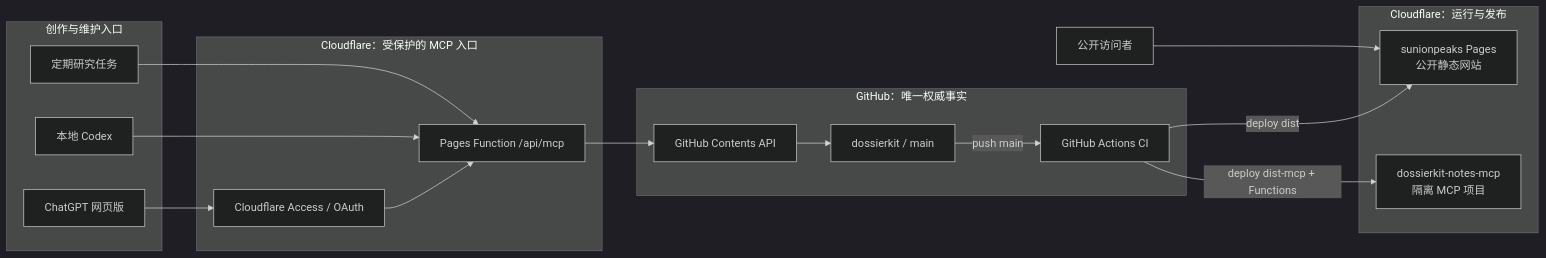
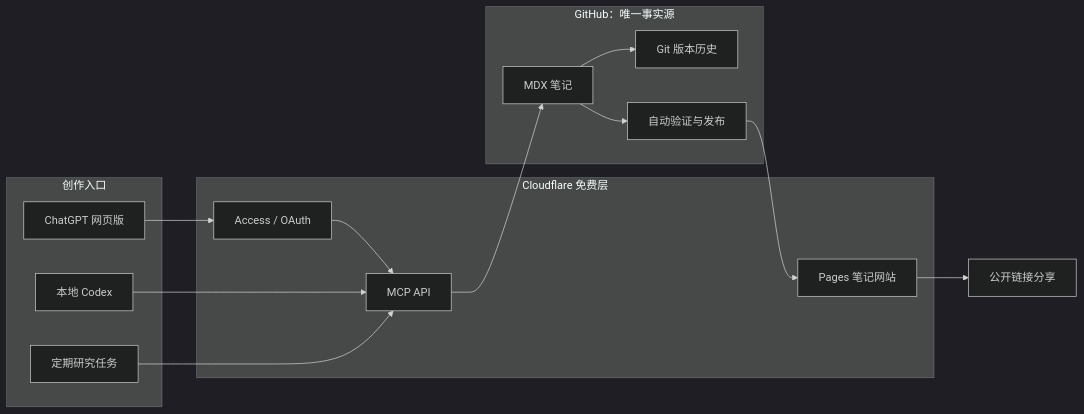
Before and after one commit to Nunchakus888/dossierkit: the first of 2 diagrams in profiles/default/content/zh/notes/chatgpt-notes-publishing-workflow.mdx, drawn with Mermaid (dark theme). The commit also changed other lines of this file, not shown here.

Commit message:
docs: streamline notes publishing workflow

````diff
--- a/profiles/default/content/zh/notes/chatgpt-notes-publishing-workflow.mdx
+++ b/profiles/default/content/zh/notes/chatgpt-notes-publishing-workflow.mdx
@@ -32,35 +32,28 @@
 ```mermaid
 flowchart LR
-  subgraph Authoring["创作与维护入口"]
+  subgraph Entry["创作入口"]
     ChatGPT["ChatGPT 网页版"]
     Codex["本地 Codex"]
-    Schedule["定期研究任务"]
+    Research["定期研究任务"]
   end
 
-  subgraph CloudflareAPI["Cloudflare：受保护的 MCP 入口"]
-    Access["Cloudflare Access / OAuth"]
-    MCP["Pages Function /api/mcp"]
+  subgraph Cloudflare["Cloudflare 免费层"]
+    Access["Access / OAuth"]
+    MCP["MCP API"]
+    Site["Pages 笔记网站"]
   end
 
-  subgraph GitHub["GitHub：唯一权威事实"]
-    API["GitHub Contents API"]
-    Main["dossierkit / main"]
-    Actions["GitHub Actions CI"]
+  subgraph GitHub["GitHub：唯一事实源"]
+    Notes["MDX 笔记"]
+    History["Git 版本历史"]
+    Publish["自动验证与发布"]
   end
-
-  subgraph CloudflarePublish["Cloudflare：运行与发布"]
-    Site["sunionpeaks Pages\n公开静态网站"]
-    MCPProject["dossierkit-notes-mcp\n隔离 MCP 项目"]
-  end
-
-  Reader["公开访问者"]
 
   ChatGPT --> Access --> MCP
   Codex --> MCP
-  Schedule --> MCP
-  MCP --> API --> Main
-  Main -->|"push main"| Actions
-  Actions -->|"deploy dist"| Site
-  Actions -->|"deploy dist-mcp + Functions"| MCPProject
-  Reader --> Site
+  Research --> MCP
+  MCP --> Notes
+  Notes --> History
+  Notes --> Publish --> Site
+  Site --> Share["公开链接分享"]
 ```
````
